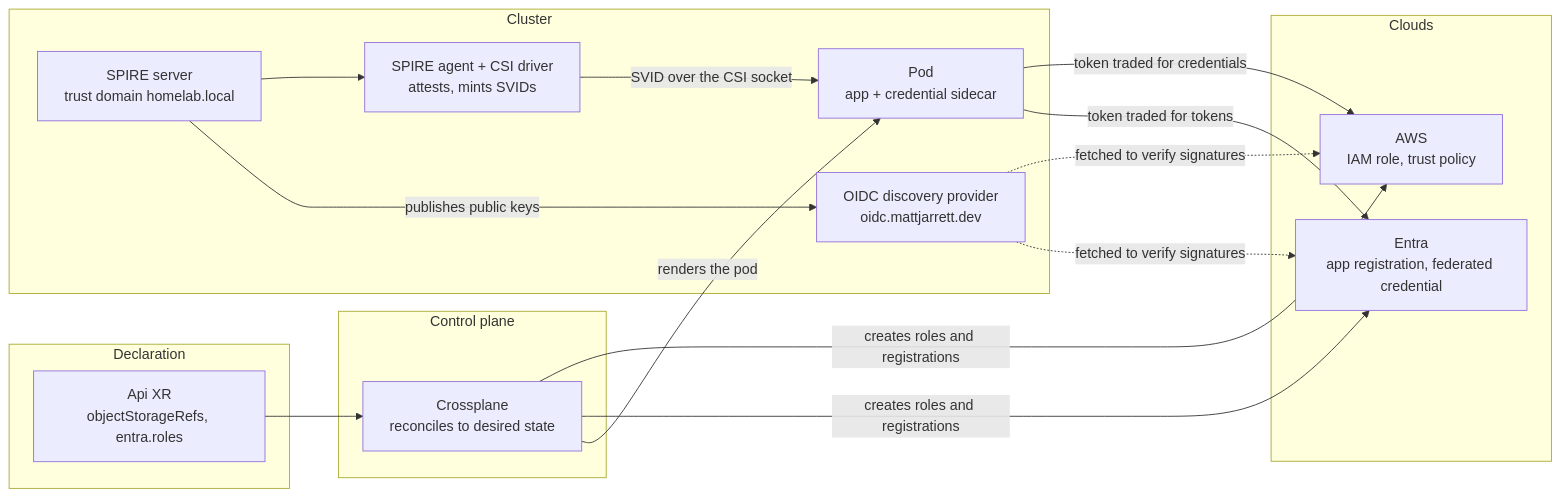
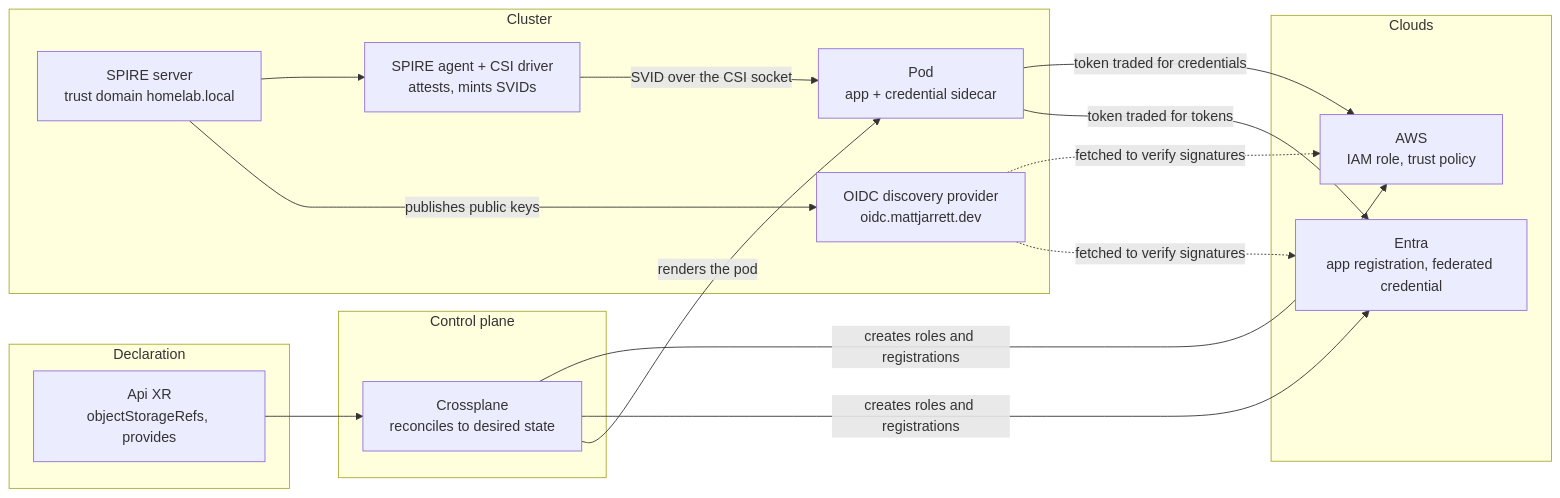
The first of 4 diagrams in platform/docs/workload-identity.md (cujarrett/homelab), drawn with Mermaid before and after one commit. The commit also changed 3 other files, not shown here.

````diff
--- a/platform/docs/workload-identity.md
+++ b/platform/docs/workload-identity.md
@@ -11,35 +11,35 @@
 ```mermaid
 %%{init: {'flowchart': {'nodeSpacing': 40, 'rankSpacing': 55}}}%%
 flowchart LR
     subgraph git["Declaration"]
-        xr["Api XR<br/>objectStorageRefs, entra.roles"]
+        xr["Api XR<br/>objectStorageRefs, provides"]
     end
 
     subgraph cp["Control plane"]
         xp["Crossplane<br/>reconciles to desired state"]
     end
 
     subgraph cluster["Cluster"]
         spire["SPIRE server<br/>trust domain homelab.local"]
         agent["SPIRE agent + CSI driver<br/>attests, mints SVIDs"]
         pod["Pod<br/>app + credential sidecar"]
         oidc["OIDC discovery provider<br/>oidc.mattjarrett.dev"]
     end
 
     subgraph clouds["Clouds"]
         aws["AWS<br/>IAM role, trust policy"]
         entra["Entra<br/>app registration, federated credential"]
     end
 
     xr --> xp
     xp -->|"creates roles and registrations"| aws
     xp -->|"creates roles and registrations"| entra
     xp -->|"renders the pod"| pod
     spire --> agent
     agent -->|"SVID over the CSI socket"| pod
     spire -->|"publishes public keys"| oidc
     oidc -.->|"fetched to verify signatures"| aws
     oidc -.->|"fetched to verify signatures"| entra
     pod -->|"token traded for credentials"| aws
     pod -->|"token traded for tokens"| entra
 ```
````
